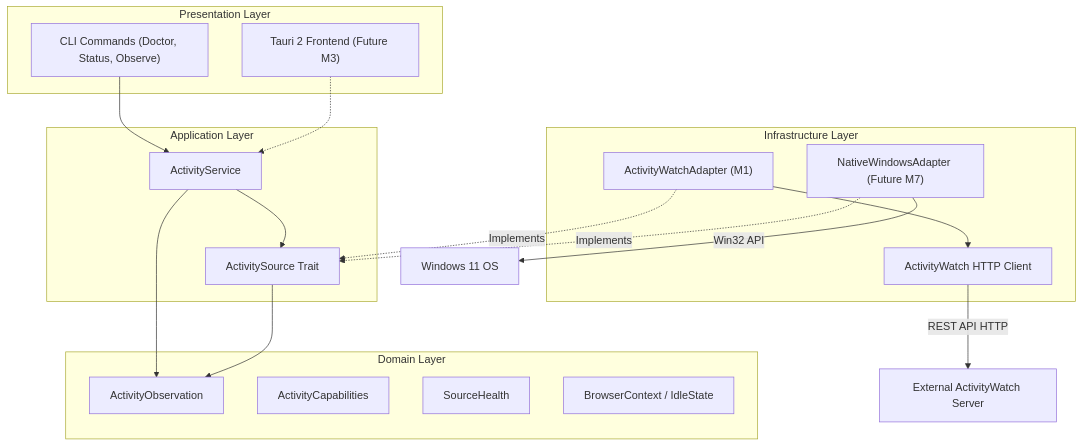
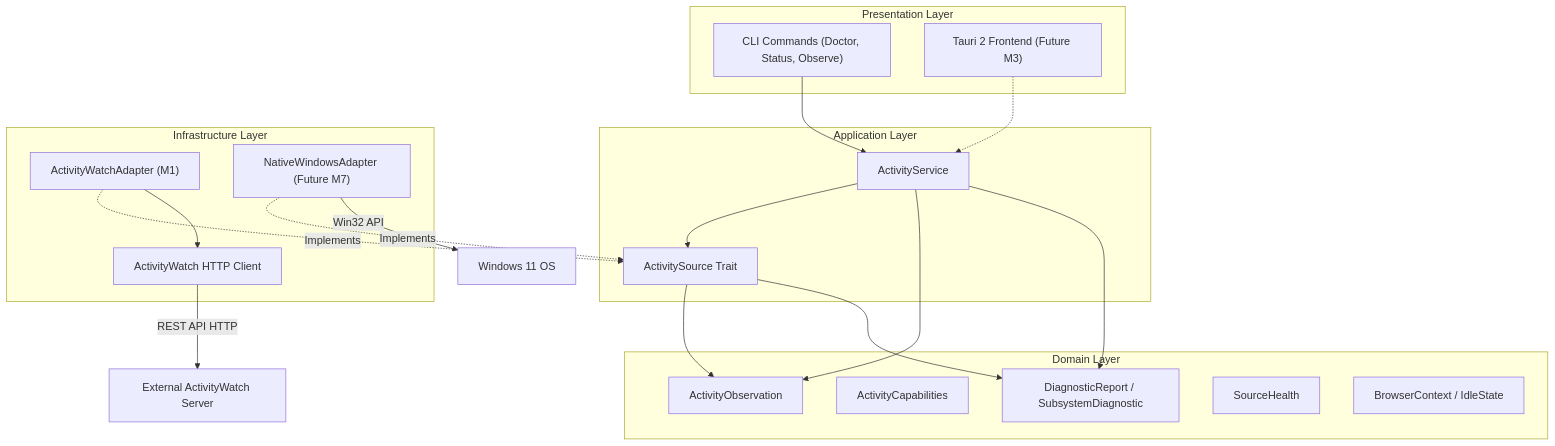
Before and after one commit to hkg-2424/FlowGuard: the diagram in docs/ARCHITECTURE.md, drawn with Mermaid. The commit also changed other lines of this file and 49 other files, not shown here.

````diff
--- a/docs/ARCHITECTURE.md
+++ b/docs/ARCHITECTURE.md
@@ -7,37 +7,40 @@
 ```mermaid
 graph TD
     subgraph Presentation ["Presentation Layer"]
         CLI["CLI Commands (Doctor, Status, Observe)"]
         UI["Tauri 2 Frontend (Future M3)"]
     end
 
     subgraph Application ["Application Layer"]
         Service["ActivityService"]
         Port["ActivitySource Trait"]
     end
 
     subgraph Domain ["Domain Layer"]
         Obs["ActivityObservation"]
         Caps["ActivityCapabilities"]
+        Diag["DiagnosticReport / SubsystemDiagnostic"]
         Health["SourceHealth"]
         Context["BrowserContext / IdleState"]
     end
 
     subgraph Infrastructure ["Infrastructure Layer"]
         AWAdapter["ActivityWatchAdapter (M1)"]
         WinAdapter["NativeWindowsAdapter (Future M7)"]
         AWClient["ActivityWatch HTTP Client"]
     end
 
     CLI --> Service
     UI -.-> Service
     Service --> Port
     Service --> Obs
+    Service --> Diag
     Port --> Obs
+    Port --> Diag
     
     AWAdapter -.->|Implements| Port
     WinAdapter -.->|Implements| Port
     AWAdapter --> AWClient
     AWClient -->|REST API HTTP| AWExternal["External ActivityWatch Server"]
     WinAdapter -->|Win32 API| WindowsOS["Windows 11 OS"]
 ```
````
